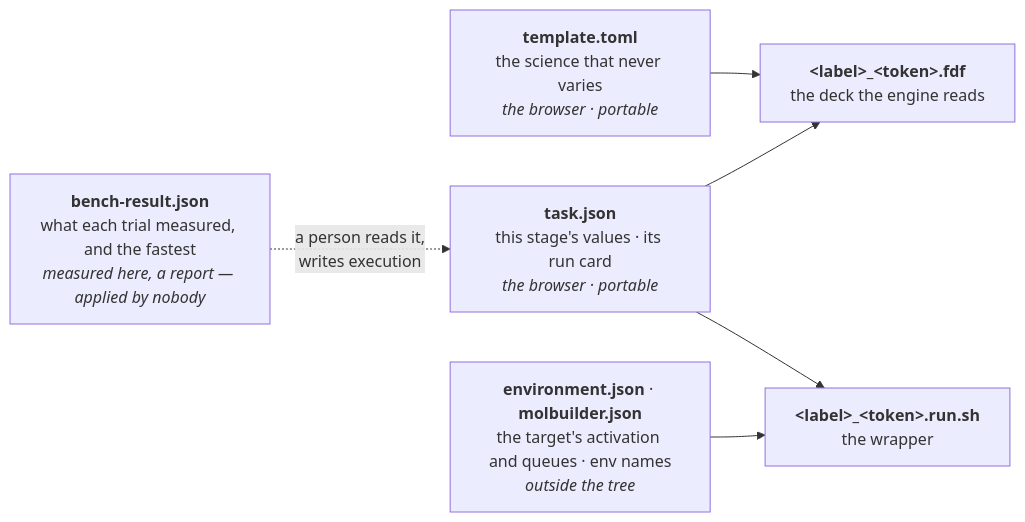
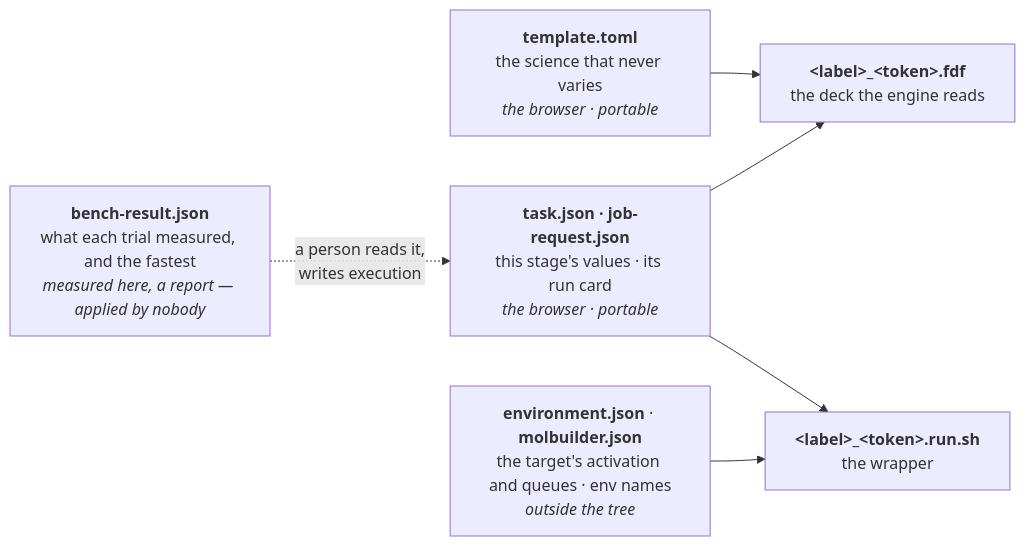
One commit to Qing-LAB/molbuilder changed the fifth of 10 diagrams in docs/execution/project-layout.md. Above: the diagram before and after it, drawn with Mermaid. The commit also changed other lines of this file and 196 other files, not shown here.

````diff
--- a/docs/execution/project-layout.md
+++ b/docs/execution/project-layout.md
@@ -1271,14 +1281,14 @@
 ```mermaid
 flowchart LR
     T["<b>template.toml</b><br/>the science that never varies<br/><i>the browser · portable</i>"]
-    S["<b>task.json</b><br/>this stage's values · its run card<br/><i>the browser · portable</i>"]
+    S["<b>task.json · job-request.json</b><br/>this stage's values · its run card<br/><i>the browser · portable</i>"]
     M["<b>environment.json</b> · <b>molbuilder.json</b><br/>the target's activation and queues · env names<br/><i>outside the tree</i>"]
     B["<b>bench-result.json</b><br/>what each trial measured, and the fastest<br/><i>measured here, a report — applied by nobody</i>"]
     D["<b>&lt;label&gt;_&lt;token&gt;.fdf</b><br/>the deck the engine reads"]
     W["<b>&lt;label&gt;_&lt;token&gt;.run.sh</b><br/>the wrapper"]
     T --> D
     S --> D
     S --> W
     M --> W
     B -.->|"a person reads it,<br/>writes execution"| S
 ```
````
